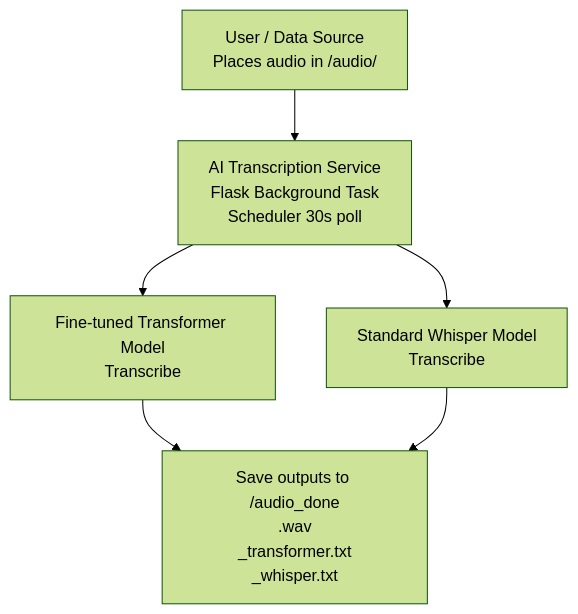
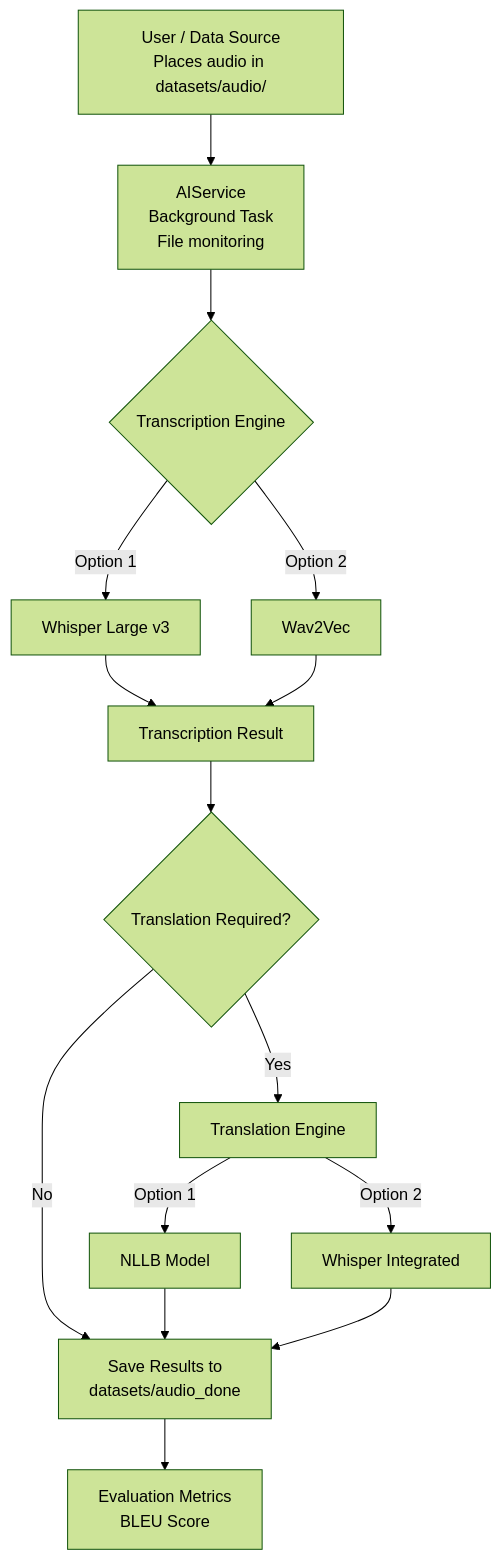
The diagram in ai_service/README.md (openchlai/ai), drawn with Mermaid (forest theme) before and after one commit. The commit also changed other lines of this file and 20 other files, not shown here.

````diff
--- a/ai_service/README.md
+++ b/ai_service/README.md
@@ -23,9 +21,17 @@
 ```mermaid
 graph TD
-    A[User / Data Source<br>Places audio in /audio/] --> B
-    B[AI Transcription Service<br>Flask Background Task<br>Scheduler 30s poll] --> C
-    B --> D
-    C[Fine-tuned Transformer Model<br>Transcribe] --> E
-    D[Standard Whisper Model<br>Transcribe] --> E
-    E[Save outputs to /audio_done<br>.wav<br>_transformer.txt<br>_whisper.txt]
+    A[User / Data Source<br>Places audio in datasets/audio/] --> B
+    B[AIService<br>Background Task<br>File monitoring] --> C
+    C{Transcription Engine} --> |Option 1| D[Whisper Large v3]
+    C --> |Option 2| E[Wav2Vec]
+    D --> F[Transcription Result]
+    E --> F
+    F --> G{Translation Required?}
+    G --> |Yes| H[Translation Engine]
+    G --> |No| J
+    H --> |Option 1| I[NLLB Model]
+    H --> |Option 2| K[Whisper Integrated]
+    I --> J[Save Results to<br>datasets/audio_done]
+    K --> J
+    J --> L[Evaluation Metrics<br>BLEU Score]
 ```
````
